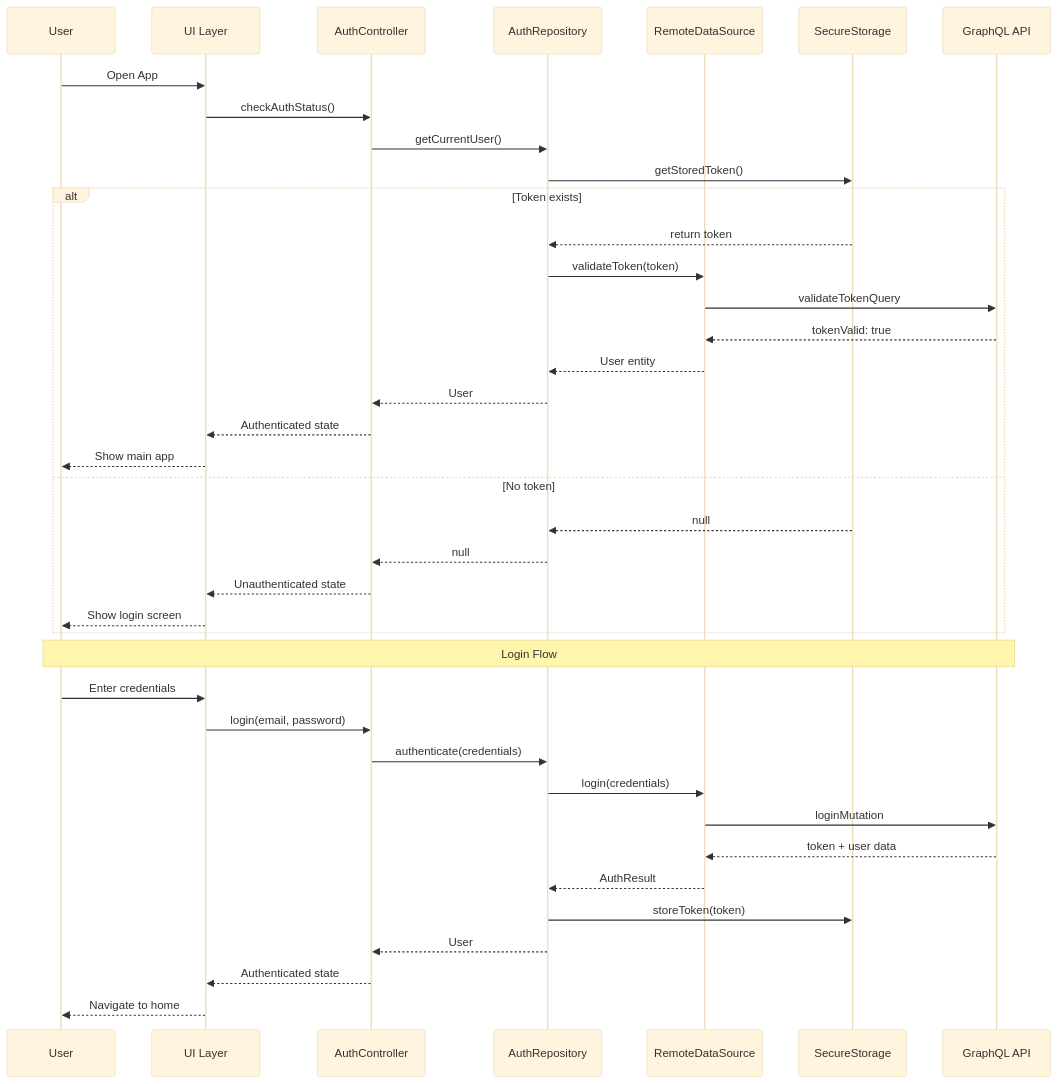
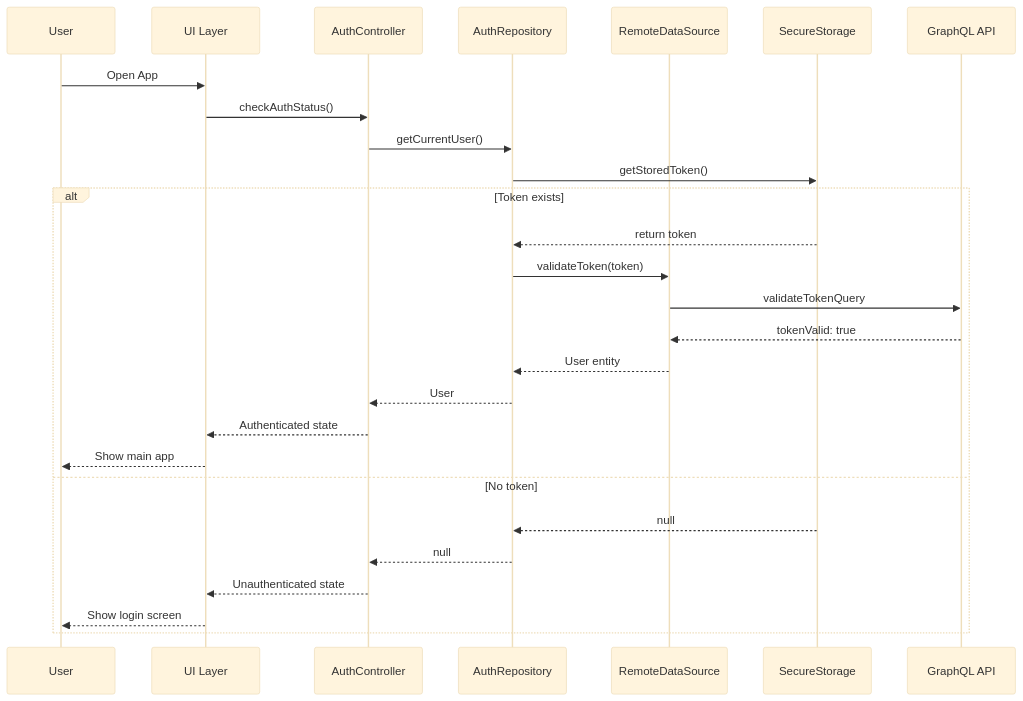
Before and after one commit to OscarAlmgren/clubland: the third of 4 diagrams in CLAUDE.md, drawn with Mermaid (base theme). The commit also changed other lines of this file, not shown here.

````diff
--- a/CLAUDE.md
+++ b/CLAUDE.md
@@ -480,44 +494,31 @@
 ```mermaid
 sequenceDiagram
     participant U as User
     participant UI as UI Layer
     participant AC as AuthController
     participant AR as AuthRepository
     participant RDS as RemoteDataSource
     participant SS as SecureStorage
     participant API as GraphQL API
 
     U->>UI: Open App
     UI->>AC: checkAuthStatus()
     AC->>AR: getCurrentUser()
     AR->>SS: getStoredToken()
 
     alt Token exists
         SS-->>AR: return token
         AR->>RDS: validateToken(token)
         RDS->>API: validateTokenQuery
         API-->>RDS: tokenValid: true
         RDS-->>AR: User entity
         AR-->>AC: User
         AC-->>UI: Authenticated state
         UI-->>U: Show main app
     else No token
         SS-->>AR: null
         AR-->>AC: null
         AC-->>UI: Unauthenticated state
         UI-->>U: Show login screen
     end
-
-    Note over U,API: Login Flow
-    U->>UI: Enter credentials
-    UI->>AC: login(email, password)
-    AC->>AR: authenticate(credentials)
-    AR->>RDS: login(credentials)
-    RDS->>API: loginMutation
-    API-->>RDS: token + user data
-    RDS-->>AR: AuthResult
-    AR->>SS: storeToken(token)
-    AR-->>AC: User
-    AC-->>UI: Authenticated state
-    UI-->>U: Navigate to home
 ```
````
